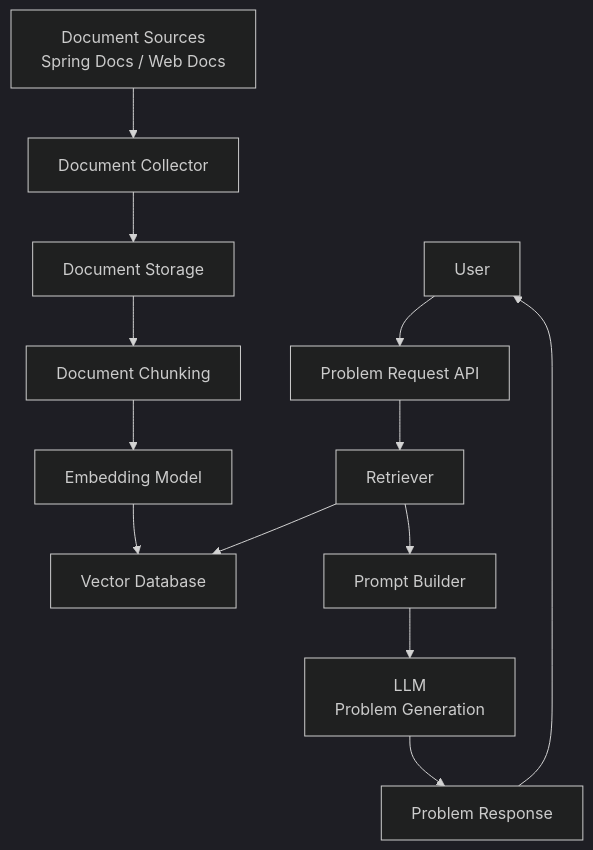
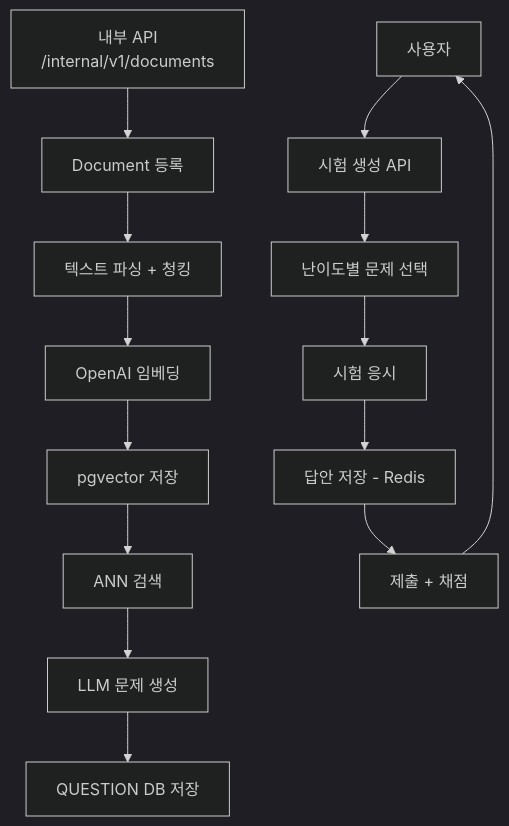
Before and after one commit to GaJaMy/TMK: the diagram in docs/TMK(Test My Knowledge).md, drawn with Mermaid (dark theme). The commit also changed other lines of this file and 505 other files, not shown here.

````diff
--- a/docs/TMK(Test My Knowledge).md
+++ b/docs/TMK(Test My Knowledge).md
@@ -88,28 +89,29 @@
 ```mermaid
 graph TD
 
-A[Document Sources<br/>Spring Docs / Web Docs] --> B[Document Collector]
+A[내부 API<br/>/internal/v1/documents] --> B[Document 등록]
 
-B --> C[Document Storage]
+B --> C[텍스트 파싱 + 청킹]
 
-C --> D[Document Chunking]
+C --> D[OpenAI 임베딩]
 
-D --> E[Embedding Model]
+D --> E[pgvector 저장]
 
-E --> F[Vector Database]
+E --> F[ANN 검색]
 
-User[User] --> G[Problem Request API]
+F --> G[LLM 문제 생성]
 
-G --> H[Retriever]
+G --> H[QUESTION DB 저장]
 
-H --> F
+User[사용자] --> I[시험 생성 API]
 
-H --> I[Prompt Builder]
+I --> J[난이도별 문제 선택]
 
-I --> J[LLM<br/>Problem Generation]
+J --> K[시험 응시]
 
-J --> K[Problem Response]
+K --> L[답안 저장 - Redis]
 
-K --> User
+L --> M[제출 + 채점]
 
+M --> User
 ```
````
